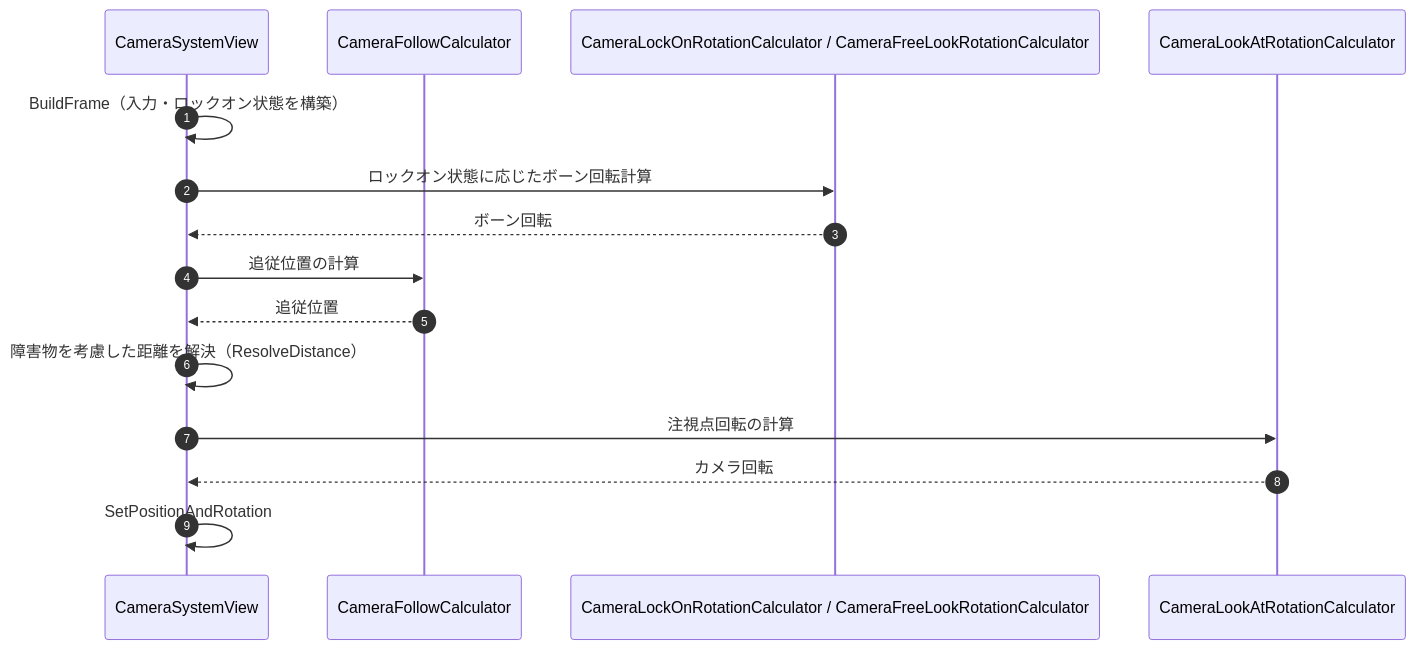
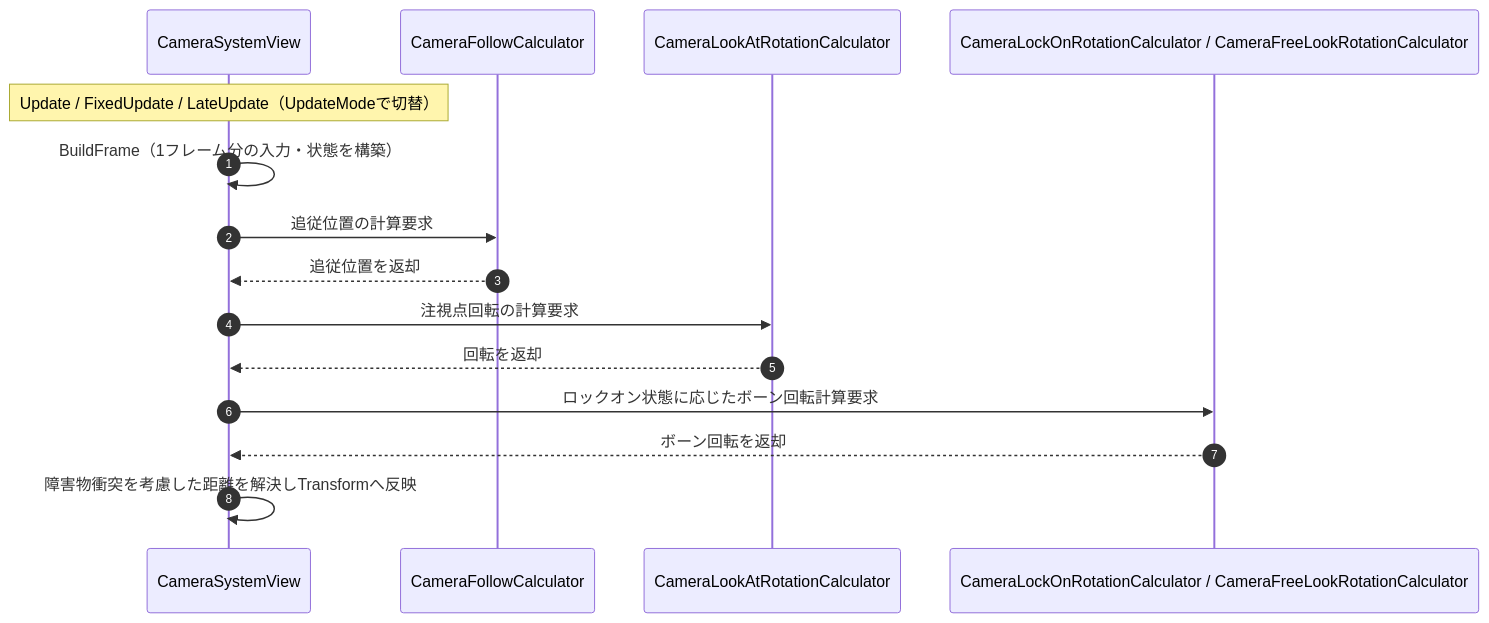
Before and after one commit to HIBIKI5201/SymphonyKillChord: the second of 3 diagrams in Assets/Docs/ScriptsDocs/Modules/NotionModuleDocs/Camera.md, drawn with Mermaid. The commit also changed other lines of this file and 2383 other files, not shown here.

````diff
--- a/Assets/Docs/ScriptsDocs/Modules/NotionModuleDocs/Camera.md
+++ b/Assets/Docs/ScriptsDocs/Modules/NotionModuleDocs/Camera.md
@@ -131,18 +108,18 @@
 ```mermaid
 sequenceDiagram
     autonumber
     participant CSView as CameraSystemView
     participant FollowCalc as CameraFollowCalculator
+    participant LookAtCalc as CameraLookAtRotationCalculator
     participant BoneCalc as CameraLockOnRotationCalculator / CameraFreeLookRotationCalculator
-    participant LookAtCalc as CameraLookAtRotationCalculator
 
-    CSView ->> CSView: BuildFrame（入力・ロックオン状態を構築）
-    CSView ->> BoneCalc: ロックオン状態に応じたボーン回転計算
-    BoneCalc -->> CSView: ボーン回転
-    CSView ->> FollowCalc: 追従位置の計算
-    FollowCalc -->> CSView: 追従位置
-    CSView ->> CSView: 障害物を考慮した距離を解決（ResolveDistance）
-    CSView ->> LookAtCalc: 注視点回転の計算
-    LookAtCalc -->> CSView: カメラ回転
-    CSView ->> CSView: SetPositionAndRotation
+    Note over CSView: Update / FixedUpdate / LateUpdate（UpdateModeで切替）
+    CSView ->> CSView: BuildFrame（1フレーム分の入力・状態を構築）
+    CSView ->> FollowCalc: 追従位置の計算要求
+    FollowCalc -->> CSView: 追従位置を返却
+    CSView ->> LookAtCalc: 注視点回転の計算要求
+    LookAtCalc -->> CSView: 回転を返却
+    CSView ->> BoneCalc: ロックオン状態に応じたボーン回転計算要求
+    BoneCalc -->> CSView: ボーン回転を返却
+    CSView ->> CSView: 障害物衝突を考慮した距離を解決しTransformへ反映
 ```
````
